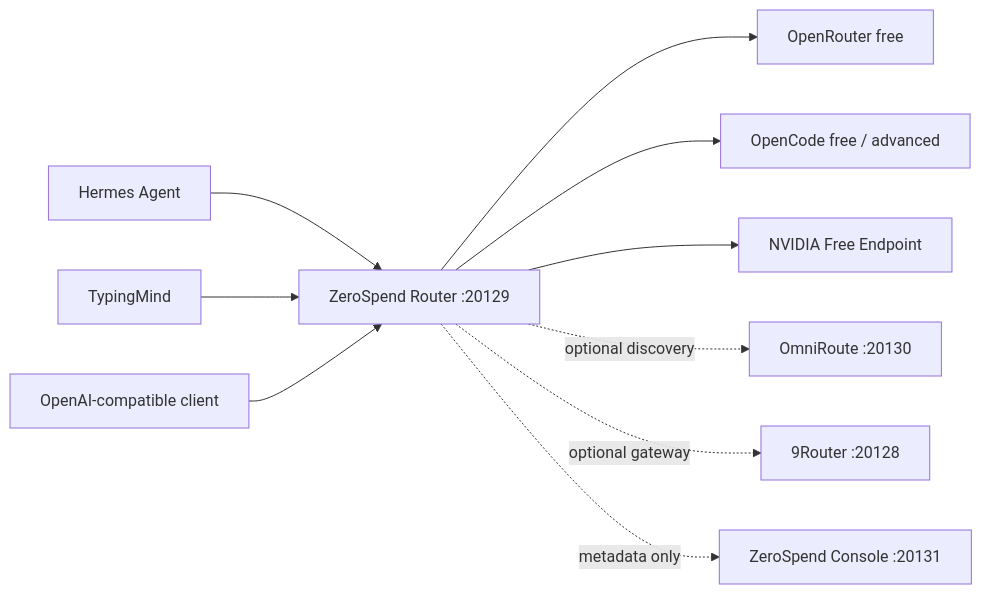
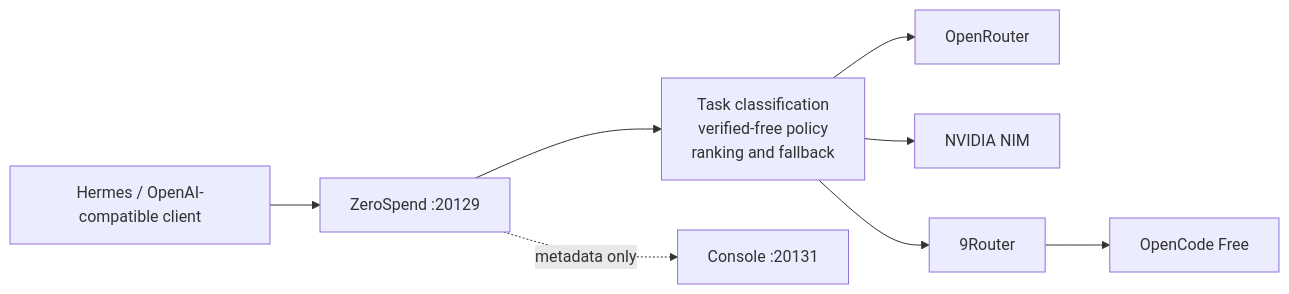
One commit to sjfakharian/zerospend changed the diagram in README.md. Above: the diagram before and after it, drawn with Mermaid. The commit also changed other lines of this file and 23 other files, not shown here.

First line of the commit message:
Polish the ZeroSpend console and documentation (#7)

````diff
--- a/README.md
+++ b/README.md
@@ -22,12 +28,10 @@
 ```mermaid
 flowchart LR
-  H[Hermes Agent] --> R[ZeroSpend Router :20129]
-  T[TypingMind] --> R
-  O[OpenAI-compatible client] --> R
-  R --> OR[OpenRouter free]
-  R --> OC[OpenCode free / advanced]
-  R --> NV[NVIDIA Free Endpoint]
-  R -. optional discovery .-> OM[OmniRoute :20130]
-  R -. optional gateway .-> N[9Router :20128]
-  R -. metadata only .-> C[ZeroSpend Console :20131]
+  H[Hermes / OpenAI-compatible client] --> R[ZeroSpend :20129]
+  R --> P[Task classification<br/>verified-free policy<br/>ranking and fallback]
+  P --> OR[OpenRouter]
+  P --> NV[NVIDIA NIM]
+  P --> N[9Router]
+  N --> OC[OpenCode Free]
+  R -. metadata only .-> C[Console :20131]
 ```
````
